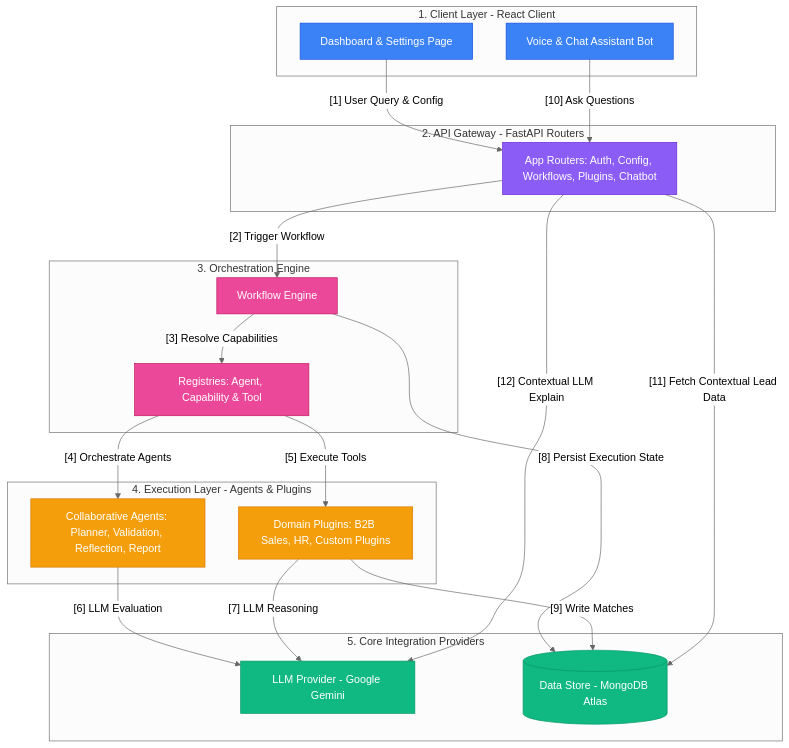
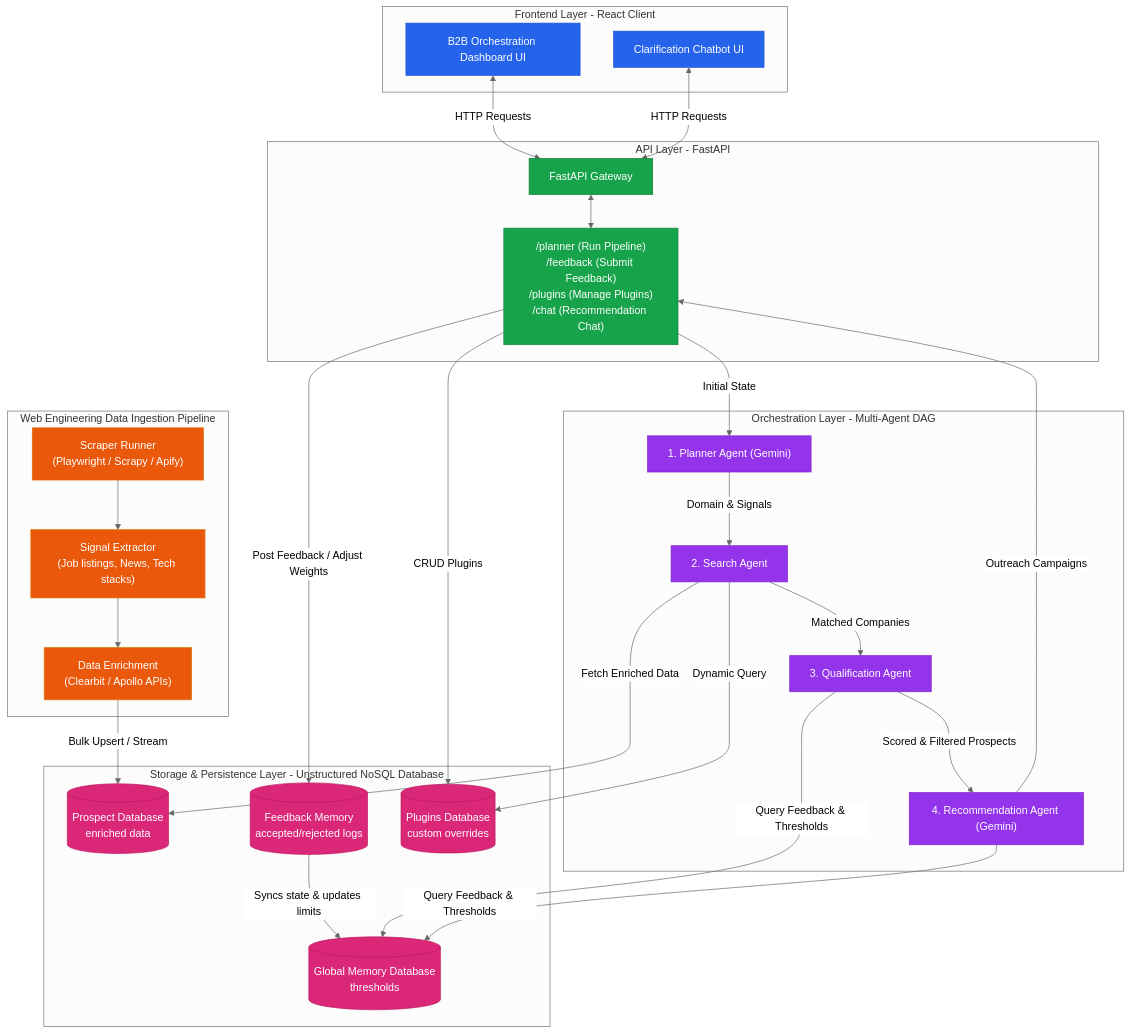
Before and after one commit to Muralikrishn123/AI-Agentic-Platform: the diagram in ARCHITECTURE.md, drawn with Mermaid (neutral theme). The commit also changed 3 other files, not shown here.

Commit message:
Update Mermaid graphs in architecture docs with the B2B Ingestion and DAG nodes from screenshot

````diff
--- a/ARCHITECTURE.md
+++ b/ARCHITECTURE.md
@@ -13,55 +13,66 @@
 ```mermaid
 graph TD
-    subgraph Client [1. Client Layer - React Client]
-        UI[Dashboard & Settings Page]
-        AB[Voice & Chat Assistant Bot]
+    subgraph Frontend [Frontend Layer - React Client]
+        Dashboard[B2B Orchestration Dashboard UI]
+        ChatbotUI[Clarification Chatbot UI]
     end
 
-    subgraph Gateway [2. API Gateway - FastAPI Routers]
-        API[App Routers: Auth, Config, Workflows, Plugins, Chatbot]
+    subgraph API [API Layer - FastAPI]
+        Gateway[FastAPI Gateway]
+        Endpoints["/planner (Run Pipeline)<br/>/feedback (Submit Feedback)<br/>/plugins (Manage Plugins)<br/>/chat (Recommendation Chat)"]
     end
 
-    subgraph Engine [3. Orchestration Engine]
-        WE[Workflow Engine]
-        REG[Registries: Agent, Capability & Tool]
+    subgraph Ingestion [Web Engineering Data Ingestion Pipeline]
+        Scraper["Scraper Runner<br/>(Playwright / Scrapy / Apify)"]
+        Signal["Signal Extractor<br/>(Job listings, News, Tech stacks)"]
+        Enrich["Data Enrichment<br/>(Clearbit / Apollo APIs)"]
     end
 
-    subgraph Execution [4. Execution Layer - Agents & Plugins]
-        AGENTS[Collaborative Agents: Planner, Validation, Reflection, Report]
-        PLUGINS[Domain Plugins: B2B Sales, HR, Custom Plugins]
+    subgraph Storage [Storage & Persistence Layer - Unstructured NoSQL Database]
+        ProspectDB[(Prospect Database<br/>enriched data)]
+        FeedbackMem[(Feedback Memory<br/>accepted/rejected logs)]
+        PluginsDB[(Plugins Database<br/>custom overrides)]
+        GlobalMem[(Global Memory Database<br/>thresholds)]
     end
 
-    subgraph Providers [5. Core Integration Providers]
-        LP[LLM Provider - Google Gemini]
-        DB[(Data Store - MongoDB Atlas)]
+    subgraph Orchestration [Orchestration Layer - Multi-Agent DAG]
+        Planner["1. Planner Agent (Gemini)"]
+        Search["2. Search Agent"]
+        Qualify["3. Qualification Agent"]
+        Recommend["4. Recommendation Agent (Gemini)"]
     end
 
-    UI -->|"[1] User Query & Config"| API
-    API -->|"[2] Trigger Workflow"| WE
-    WE -->|"[3] Resolve Capabilities"| REG
-    
-    REG -->|"[4] Orchestrate Agents"| AGENTS
-    REG -->|"[5] Execute Tools"| PLUGINS
-    
-    AGENTS -->|"[6] LLM Evaluation"| LP
-    PLUGINS -->|"[7] LLM Reasoning"| LP
-    
-    WE -->|"[8] Persist Execution State"| DB
-    PLUGINS -->|"[9] Write Matches"| DB
-    
-    AB -->|"[10] Ask Questions"| API
-    API -->|"[11] Fetch Contextual Lead Data"| DB
-    API -->|"[12] Contextual LLM Explain"| LP
+    Dashboard <-->|HTTP Requests| Gateway
+    ChatbotUI <-->|HTTP Requests| Gateway
+    Gateway <--> Endpoints
 
-    classDef client fill:#3b82f6,stroke:#1d4ed8,color:#fff;
-    classDef gateway fill:#8b5cf6,stroke:#6d28d9,color:#fff;
-    classDef engine fill:#ec4899,stroke:#be185d,color:#fff;
-    classDef exec fill:#f59e0b,stroke:#d97706,color:#fff;
-    classDef provider fill:#10b981,stroke:#059669,color:#fff;
+    Scraper --> Signal
+    Signal --> Enrich
+    Enrich -->|Bulk Upsert / Stream| ProspectDB
 
-    class UI,AB client;
-    class API gateway;
-    class WE,REG engine;
-    class AGENTS,PLUGINS exec;
-    class LP,DB provider;
+    Endpoints -->|Initial State| Planner
+    Planner -->|Domain & Signals| Search
+    Search -->|Matched Companies| Qualify
+    Qualify -->|Scored & Filtered Prospects| Recommend
+    Recommend -->|Outreach Campaigns| Endpoints
+
+    Endpoints -->|Post Feedback / Adjust Weights| FeedbackMem
+    Endpoints -->|CRUD Plugins| PluginsDB
+    Search -->|Dynamic Query| PluginsDB
+    Search -->|Fetch Enriched Data| ProspectDB
+    FeedbackMem -->|Syncs state & updates limits| GlobalMem
+    Qualify -->|Query Feedback & Thresholds| GlobalMem
+    Recommend -->|Query Feedback & Thresholds| GlobalMem
+
+    classDef frontend fill:#2563eb,stroke:#1d4ed8,color:#fff;
+    classDef api fill:#16a34a,stroke:#15803d,color:#fff;
+    classDef ingestion fill:#ea580c,stroke:#d97706,color:#fff;
+    classDef storage fill:#db2777,stroke:#be185d,color:#fff;
+    classDef orchestration fill:#9333ea,stroke:#7e22ce,color:#fff;
+
+    class Dashboard,ChatbotUI frontend;
+    class Gateway,Endpoints api;
+    class Scraper,Signal,Enrich ingestion;
+    class ProspectDB,FeedbackMem,PluginsDB,GlobalMem storage;
+    class Planner,Search,Qualify,Recommend orchestration;
 ```
````
